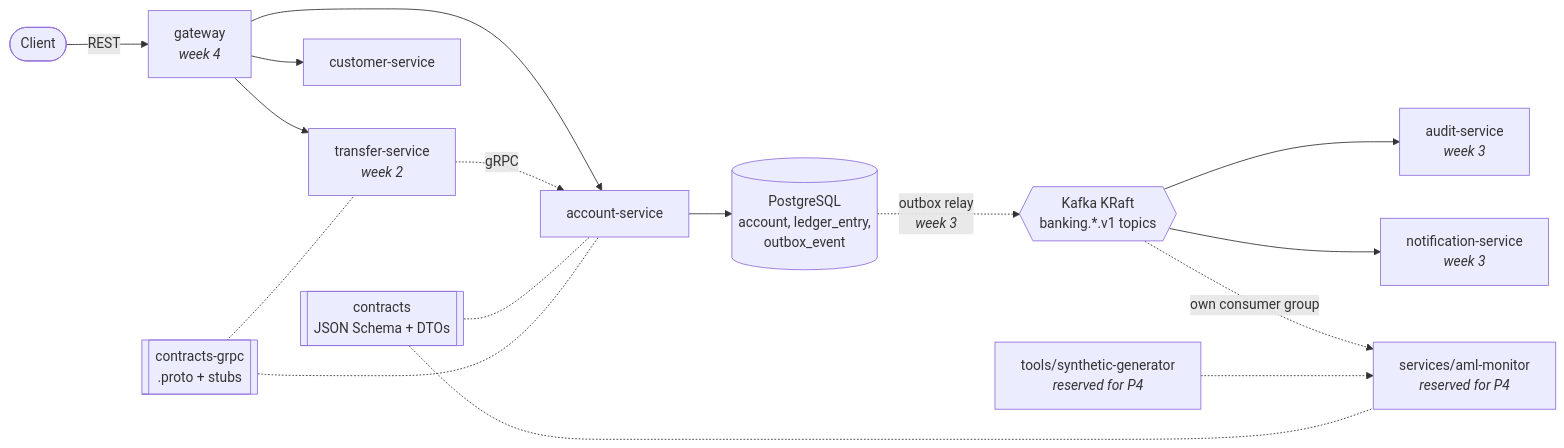
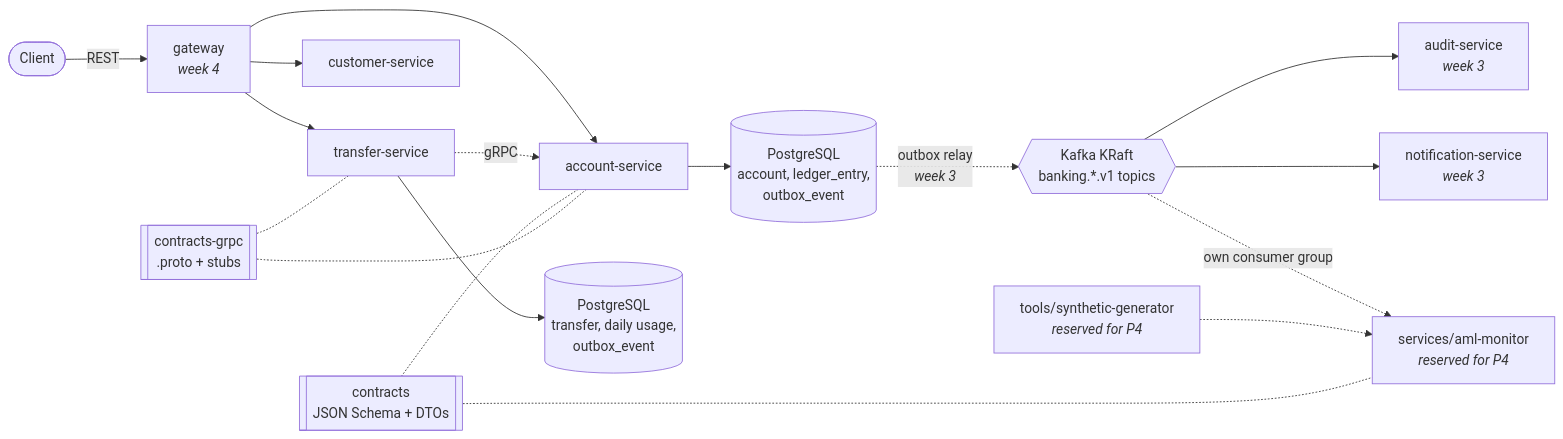
One commit to EgeOzdemirr/corebank-lite changed the diagram in README.md. Above: the diagram before and after it, drawn with Mermaid. The commit also changed other lines of this file and 93 other files, not shown here.

First line of the commit message:
feat: transfer-service with maker-checker, limits and posting via account-service (#7)

````diff
--- a/README.md
+++ b/README.md
@@ -17,21 +17,22 @@
 ```mermaid
 flowchart LR
     client([Client]) -->|REST| gateway[gateway<br/><i>week 4</i>]
     gateway --> account[account-service]
-    gateway --> transfer[transfer-service<br/><i>week 2</i>]
+    gateway --> transfer[transfer-service]
     gateway --> customer[customer-service]
     transfer -. gRPC .-> account
 
     account --> accountDb[(PostgreSQL<br/>account, ledger_entry,<br/>outbox_event)]
+    transfer --> transferDb[(PostgreSQL<br/>transfer, daily usage,<br/>outbox_event)]
     accountDb -. outbox relay<br/><i>week 3</i> .-> kafka{{Kafka KRaft<br/>banking.*.v1 topics}}
 
     kafka --> audit[audit-service<br/><i>week 3</i>]
     kafka --> notification[notification-service<br/><i>week 3</i>]
     kafka -. own consumer group .-> aml[services/aml-monitor<br/><i>reserved for P4</i>]
     generator[tools/synthetic-generator<br/><i>reserved for P4</i>] -.-> aml
 
     contracts[[contracts<br/>JSON Schema + DTOs]] -.- account
     contracts -.- aml
     grpcContracts[[contracts-grpc<br/>.proto + stubs]] -.- account
     grpcContracts -.- transfer
 ```
````
